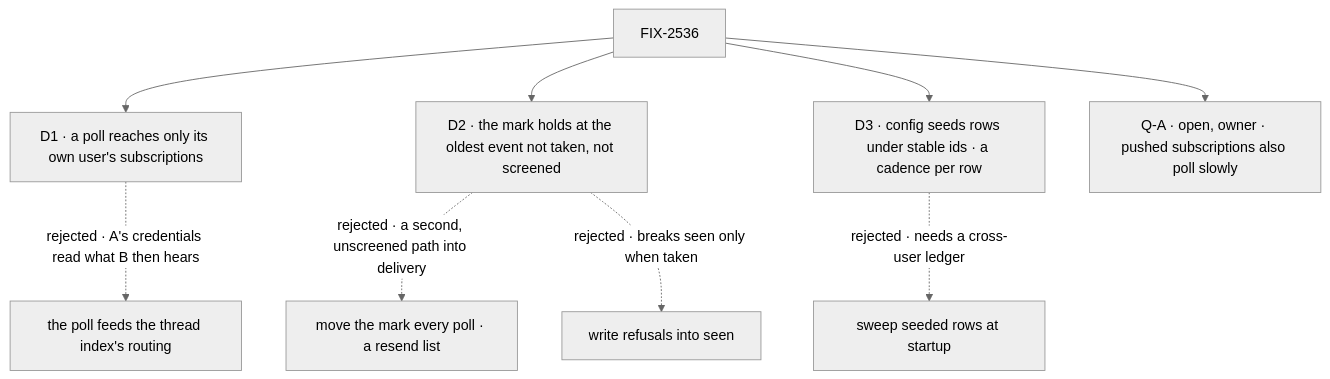
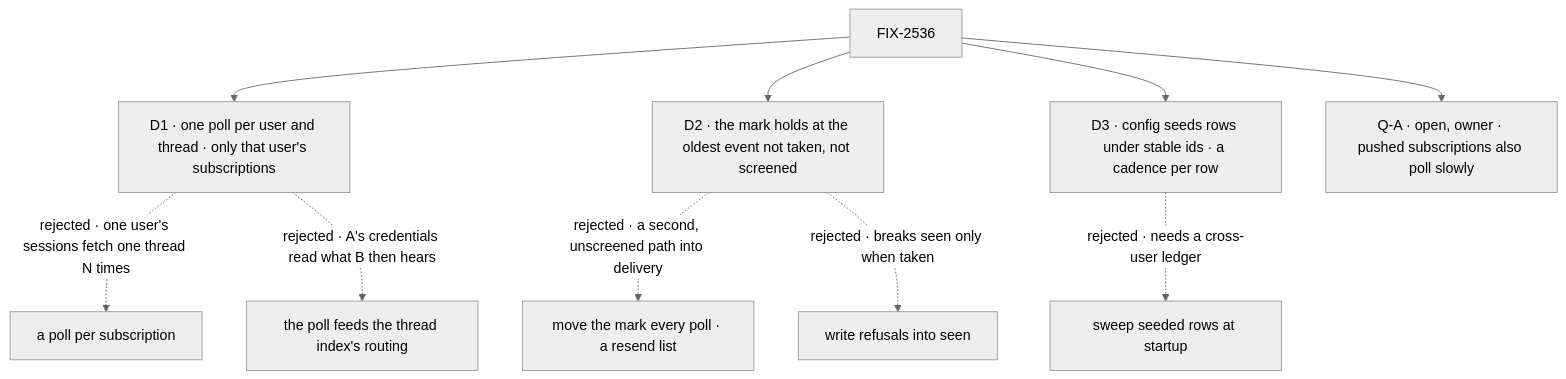
One commit to fixpoint-labs/flow-state-dev changed the diagram in specs/issues/FIX-2536/DECISIONS.md. Above: the diagram before and after it, drawn with Mermaid (neutral theme). The commit also changed other lines of this file and 8 other files, not shown here.

First line of the commit message:
spec(FIX-2536): one poll per user and thread (owner, 2026-11-09)

````diff
--- a/specs/issues/FIX-2536/DECISIONS.md
+++ b/specs/issues/FIX-2536/DECISIONS.md
@@ -9,11 +9,12 @@
 ```mermaid
 flowchart TD
-  I["FIX-2536"] --> D1["D1 · a poll reaches only its own user's subscriptions"]
+  I["FIX-2536"] --> D1["D1 · one poll per user and thread · only that user's subscriptions"]
+  D1 -.->|"rejected · one user's sessions fetch one thread N times"| X0["a poll per subscription"]
   D1 -.->|"rejected · A's credentials read what B then hears"| X1["the poll feeds the thread index's routing"]
   I --> D2["D2 · the mark holds at the oldest event not taken, not screened"]
   D2 -.->|"rejected · a second, unscreened path into delivery"| X2["move the mark every poll · a resend list"]
   D2 -.->|"rejected · breaks seen only when taken"| X3["write refusals into seen"]
   I --> D3["D3 · config seeds rows under stable ids · a cadence per row"]
   D3 -.->|"rejected · needs a cross-user ledger"| X4["sweep seeded rows at startup"]
   I --> QA["Q-A · open, owner · pushed subscriptions also poll slowly"]
 ```
````
